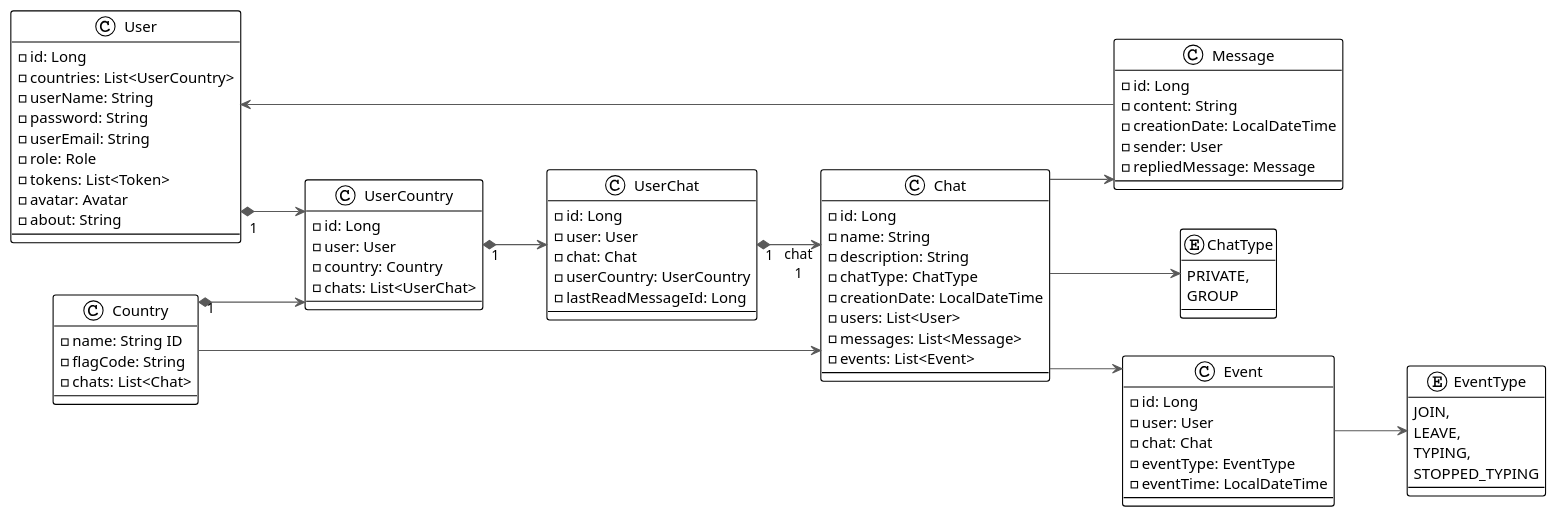
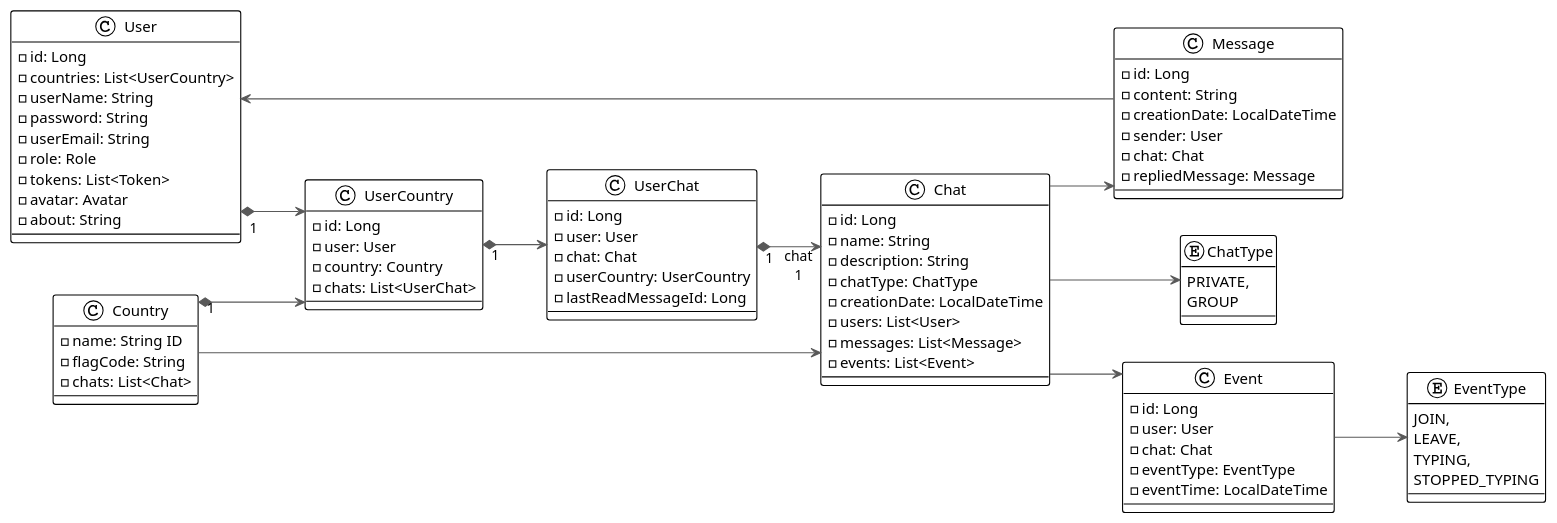
The diagram in docs/architecture/core-class-diagram_v2.plantuml (LiashenkoAndrey/talk-and-travel), drawn with PlantUML before and after one commit. The commit also changed 9 other files, not shown here.

```diff
--- a/docs/architecture/core-class-diagram_v2.plantuml
+++ b/docs/architecture/core-class-diagram_v2.plantuml
@@ -1,95 +1,96 @@
 @startuml
 
 !theme plain
 left to right direction
 skinparam linetype ortho
 
 class User {
   - id: Long
   - countries: List<UserCountry>
   - userName: String
   - password: String
   - userEmail: String
   - role: Role
   - tokens: List<Token>
   - avatar: Avatar
   - about: String
 }
 
 class UserCountry {
   - id: Long
   - user: User
   - country: Country
   - chats: List<UserChat>
 }
 
 class UserChat {
   - id: Long
   - user: User
   - chat: Chat
   - userCountry: UserCountry
   - lastReadMessageId: Long
 }
 
 class Country {
   - name: String ID
   - flagCode: String
   - chats: List<Chat>
 }
 
 class Chat {
   - id: Long
   - name: String
   - description: String
   - chatType: ChatType
   - creationDate: LocalDateTime
   - users: List<User>
   - messages: List<Message>
   - events: List<Event>
 }
 
 enum ChatType {
   PRIVATE,
   GROUP
 }
 
 class Message {
   - id: Long
   - content: String
   - creationDate: LocalDateTime
   - sender: User
+  - chat: Chat
   - repliedMessage: Message
 }
 
 class Event {
   - id: Long
   - user: User
   - chat: Chat
   - eventType: EventType
   - eventTime: LocalDateTime
 }
 
 enum EventType {
   JOIN,
   LEAVE,
   TYPING,
   STOPPED_TYPING
 }
 
 
 Message -[#595959,plain]-> User
 
 Chat -[#595959,plain]-> Message
 Chat -[#595959,plain]-> Event
 Country -[#595959,plain]-> Chat
 
 User  "1" *-[#595959,plain]->  UserCountry
 UserCountry  "1" *-[#595959,plain]-> UserChat
 
 Country  "1" *-[#595959,plain]-> UserCountry
 UserChat     "1" *-[#595959,plain]-> "chat\n1" Chat
 
 Event -[#595959,plain]-> EventType
 Chat -[#595959,plain]-> ChatType
 
 @enduml
```
